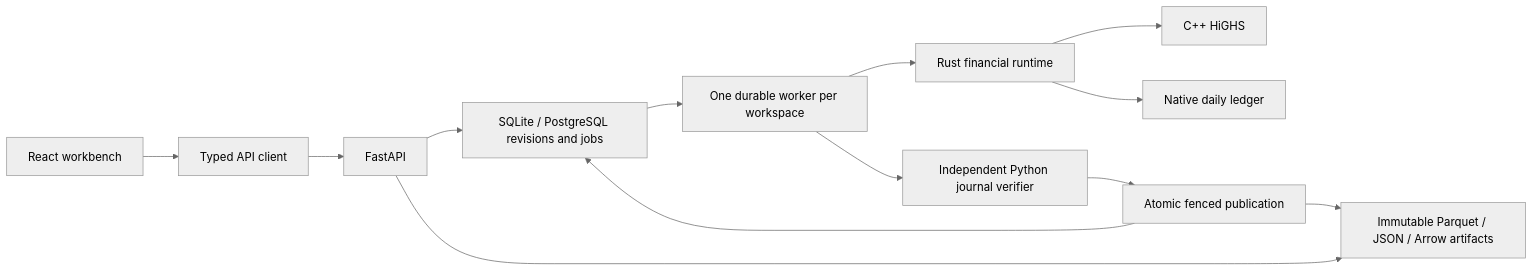
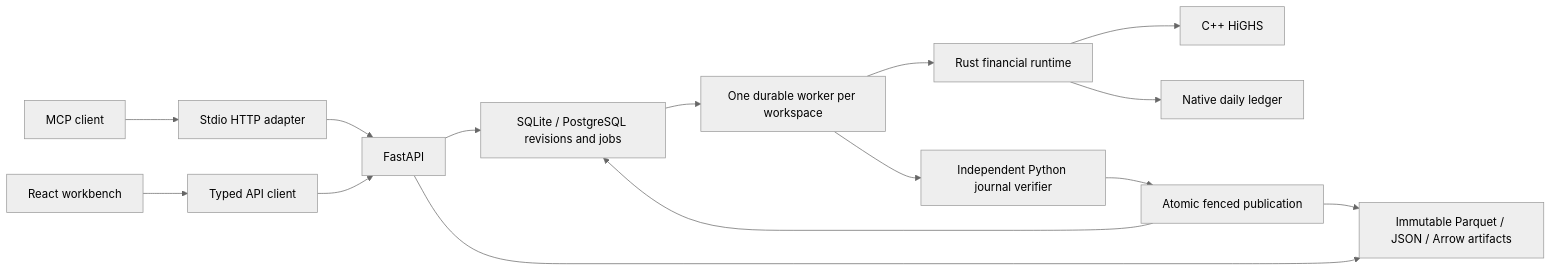
The diagram in docs/architecture.md (beauschwab/model-portfolio-sim), drawn with Mermaid (neutral theme) before and after one commit. The commit also changed other lines of this file and 1272 other files, not shown here.

````diff
--- a/docs/architecture.md
+++ b/docs/architecture.md
@@ -8,15 +8,17 @@
 ```mermaid
 flowchart LR
+    Agent[MCP client] --> MCP[Stdio HTTP adapter]
+    MCP --> API
     UI[React workbench] --> Client[Typed API client]
     Client --> API[FastAPI]
     API --> SQL[SQLite / PostgreSQL revisions and jobs]
     API --> Objects[Immutable Parquet / JSON / Arrow artifacts]
     SQL --> Worker[One durable worker per workspace]
     Worker --> Rust[Rust financial runtime]
     Rust --> HiGHS[C++ HiGHS]
     Rust --> Ledger[Native daily ledger]
     Worker --> Verify[Independent Python journal verifier]
     Verify --> Publish[Atomic fenced publication]
     Publish --> SQL
     Publish --> Objects
 ```
````
